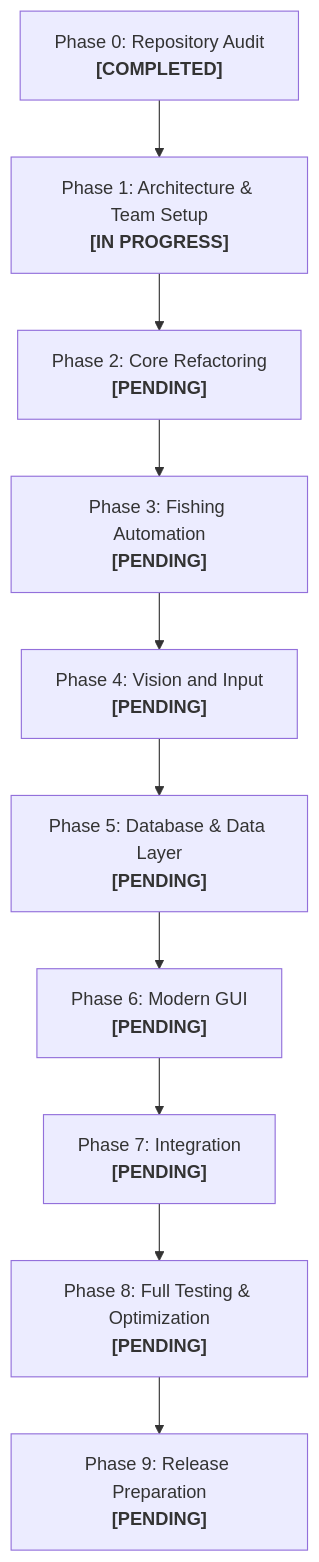
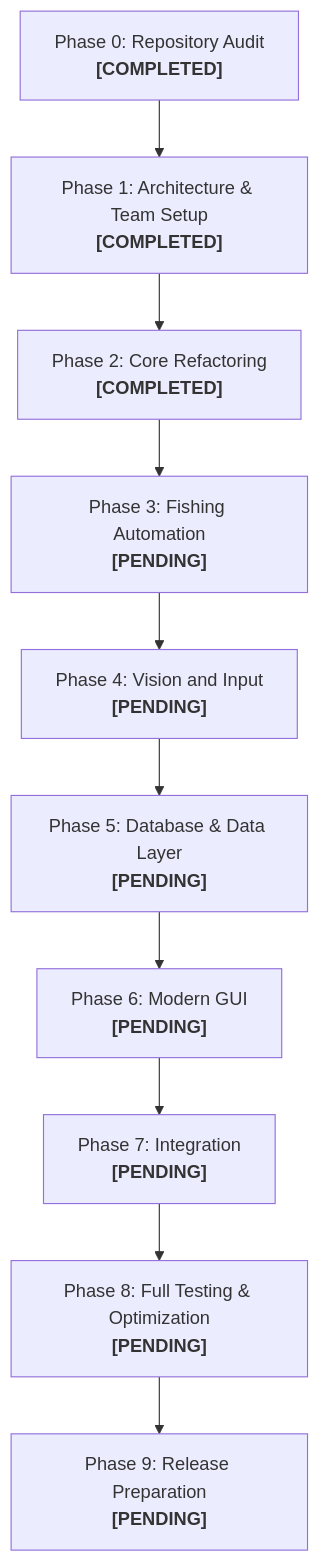
One commit to 69030304-bot/fisch_macro changed the diagram in docs/ROADMAP.md. Above: the diagram before and after it, drawn with Mermaid. The commit also changed other lines of this file and 13 other files, not shown here.

````diff
--- a/docs/ROADMAP.md
+++ b/docs/ROADMAP.md
@@ -12,12 +12,12 @@
 ```mermaid
 flowchart TD
-    P0["Phase 0: Repository Audit<br/><b>[COMPLETED]</b>"] --> P1["Phase 1: Architecture & Team Setup<br/><b>[IN PROGRESS]</b>"]
-    P1 --> P2["Phase 2: Core Refactoring<br/><b>[PENDING]</b>"]
+    P0["Phase 0: Repository Audit<br/><b>[COMPLETED]</b>"] --> P1["Phase 1: Architecture & Team Setup<br/><b>[COMPLETED]</b>"]
+    P1 --> P2["Phase 2: Core Refactoring<br/><b>[COMPLETED]</b>"]
     P2 --> P3["Phase 3: Fishing Automation<br/><b>[PENDING]</b>"]
     P3 --> P4["Phase 4: Vision and Input<br/><b>[PENDING]</b>"]
     P4 --> P5["Phase 5: Database & Data Layer<br/><b>[PENDING]</b>"]
     P5 --> P6["Phase 6: Modern GUI<br/><b>[PENDING]</b>"]
     P6 --> P7["Phase 7: Integration<br/><b>[PENDING]</b>"]
     P7 --> P8["Phase 8: Full Testing & Optimization<br/><b>[PENDING]</b>"]
     P8 --> P9["Phase 9: Release Preparation<br/><b>[PENDING]</b>"]
 ```
````
